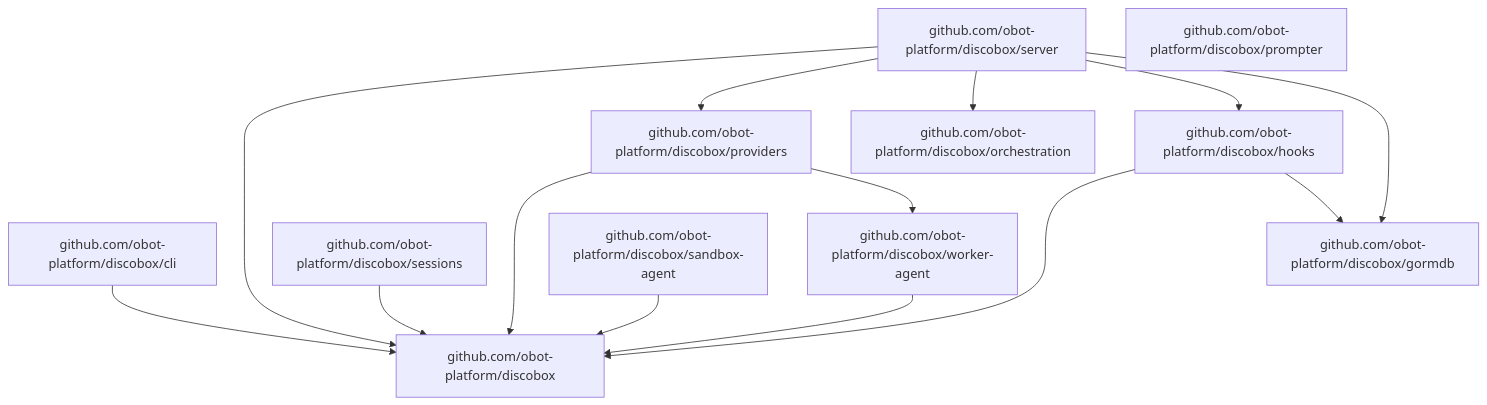
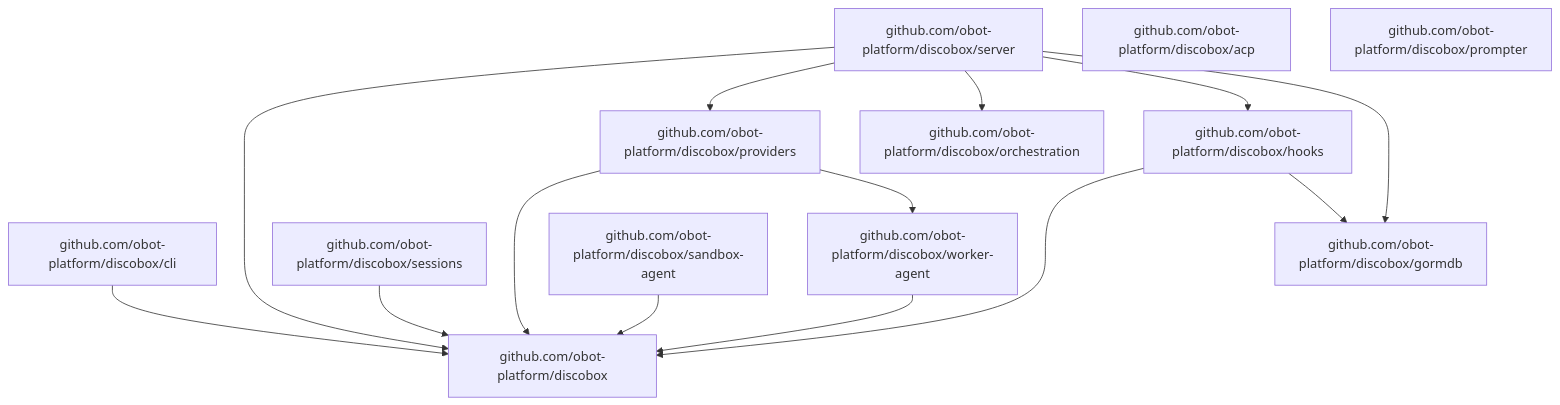
Before and after one commit to discobox-ai/discobox: the second of 2 diagrams in DESIGN.md, drawn with Mermaid. The commit also changed other lines of this file and 16 other files, not shown here.

````diff
--- a/DESIGN.md
+++ b/DESIGN.md
@@ -69,17 +69,18 @@
 ```mermaid
 flowchart TD
     cli["github.com/obot-platform/discobox/cli"] --> root["github.com/obot-platform/discobox"]
     server["github.com/obot-platform/discobox/server"] --> root
     server --> providers["github.com/obot-platform/discobox/providers"]
     server --> orchestration["github.com/obot-platform/discobox/orchestration"]
     server --> hooks["github.com/obot-platform/discobox/hooks"]
     server --> gormdb["github.com/obot-platform/discobox/gormdb"]
     hooks --> root
     hooks --> gormdb
+    acp["github.com/obot-platform/discobox/acp"]
     sessions["github.com/obot-platform/discobox/sessions"] --> root
     providers --> root
     providers --> workerAgent["github.com/obot-platform/discobox/worker-agent"]
     workerAgent --> root
     sandboxAgent["github.com/obot-platform/discobox/sandbox-agent"] --> root
     prompter["github.com/obot-platform/discobox/prompter"]
 ```
````
